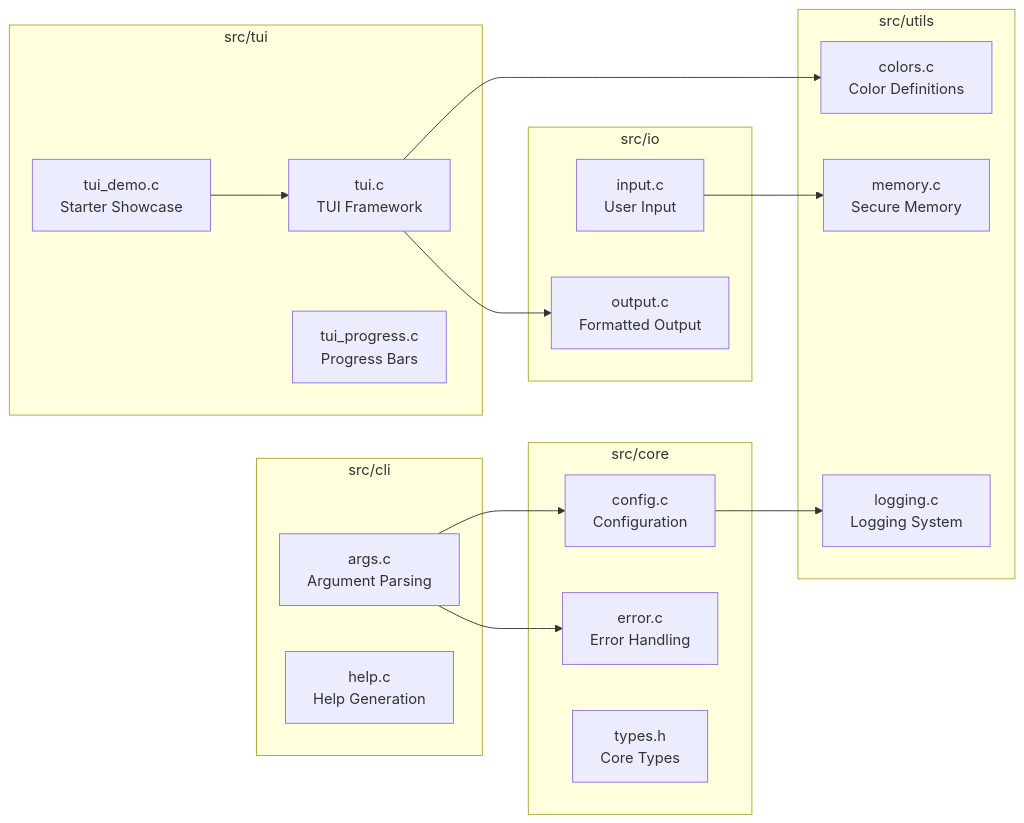
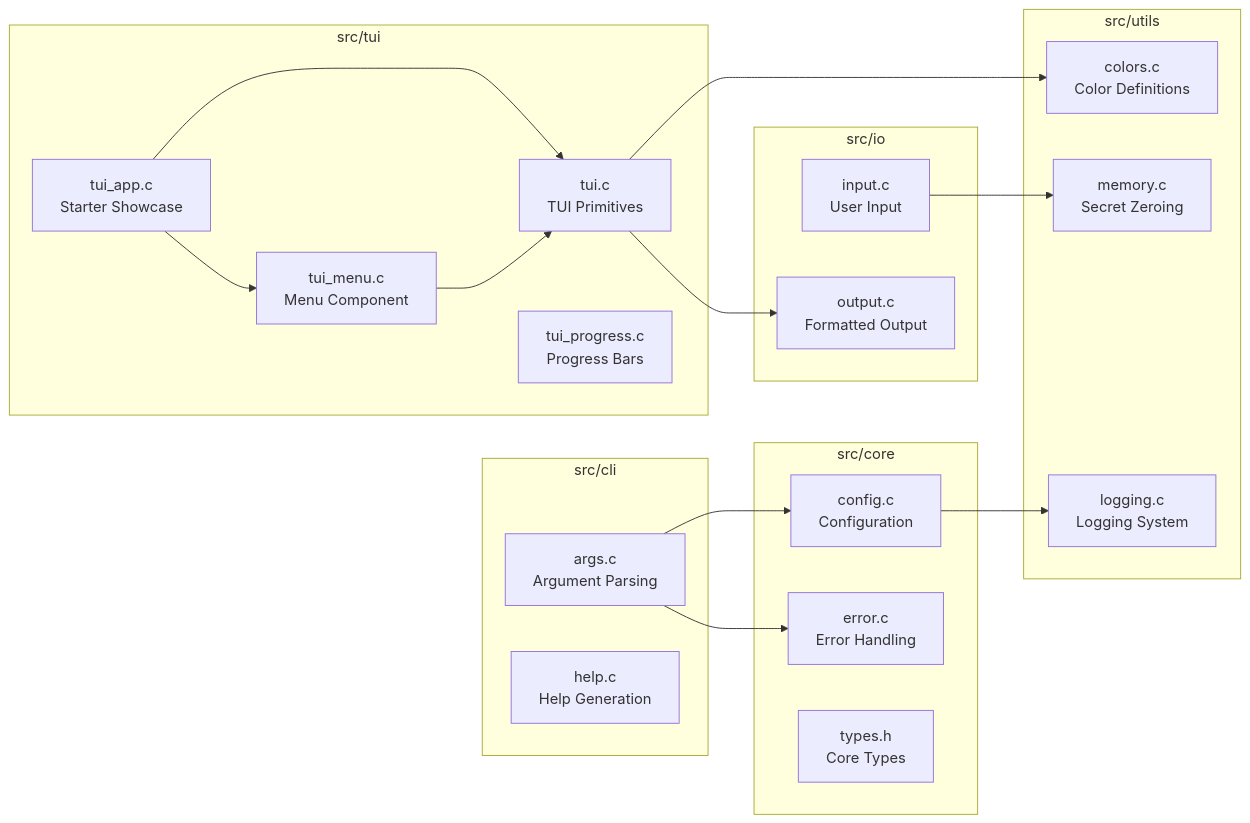
Before and after one commit to sammyjoyce/c23-cli-template: the second of 7 diagrams in docs/ARCHITECTURE.md, drawn with Mermaid. The commit also changed other lines of this file and 50 other files, not shown here.

First line of the commit message:
feat(tui): reference-grade TUI menu with mnemonics, search, mouse, and detail pane (#19)

````diff
--- a/docs/ARCHITECTURE.md
+++ b/docs/ARCHITECTURE.md
@@ -58,38 +58,41 @@
 ```mermaid
 graph LR
     subgraph "src/cli"
         ARGS[args.c<br/>Argument Parsing]
         HELP[help.c<br/>Help Generation]
     end
 
     subgraph "src/core"
         CONFIG[config.c<br/>Configuration]
         ERROR[error.c<br/>Error Handling]
         TYPES[types.h<br/>Core Types]
     end
 
     subgraph "src/io"
         INPUT[input.c<br/>User Input]
         OUTPUT[output.c<br/>Formatted Output]
     end
 
     subgraph "src/tui"
-        TUIDEF[tui.c<br/>TUI Framework]
-        TUIDEMO[tui_demo.c<br/>Starter Showcase]
+        TUIDEF[tui.c<br/>TUI Primitives]
+        TUIMENU[tui_menu.c<br/>Menu Component]
+        TUIAPP[tui_app.c<br/>Starter Showcase]
         PROGRESS[tui_progress.c<br/>Progress Bars]
     end
 
     subgraph "src/utils"
         COLORS[colors.c<br/>Color Definitions]
         LOGGING[logging.c<br/>Logging System]
-        MEMORY[memory.c<br/>Secure Memory]
+        MEMORY[memory.c<br/>Secret Zeroing]
     end
 
     ARGS --> CONFIG
     ARGS --> ERROR
     TUIDEF --> COLORS
-    TUIDEMO --> TUIDEF
+    TUIAPP --> TUIDEF
+    TUIAPP --> TUIMENU
+    TUIMENU --> TUIDEF
     TUIDEF --> OUTPUT
     CONFIG --> LOGGING
     INPUT --> MEMORY
 ```
````
